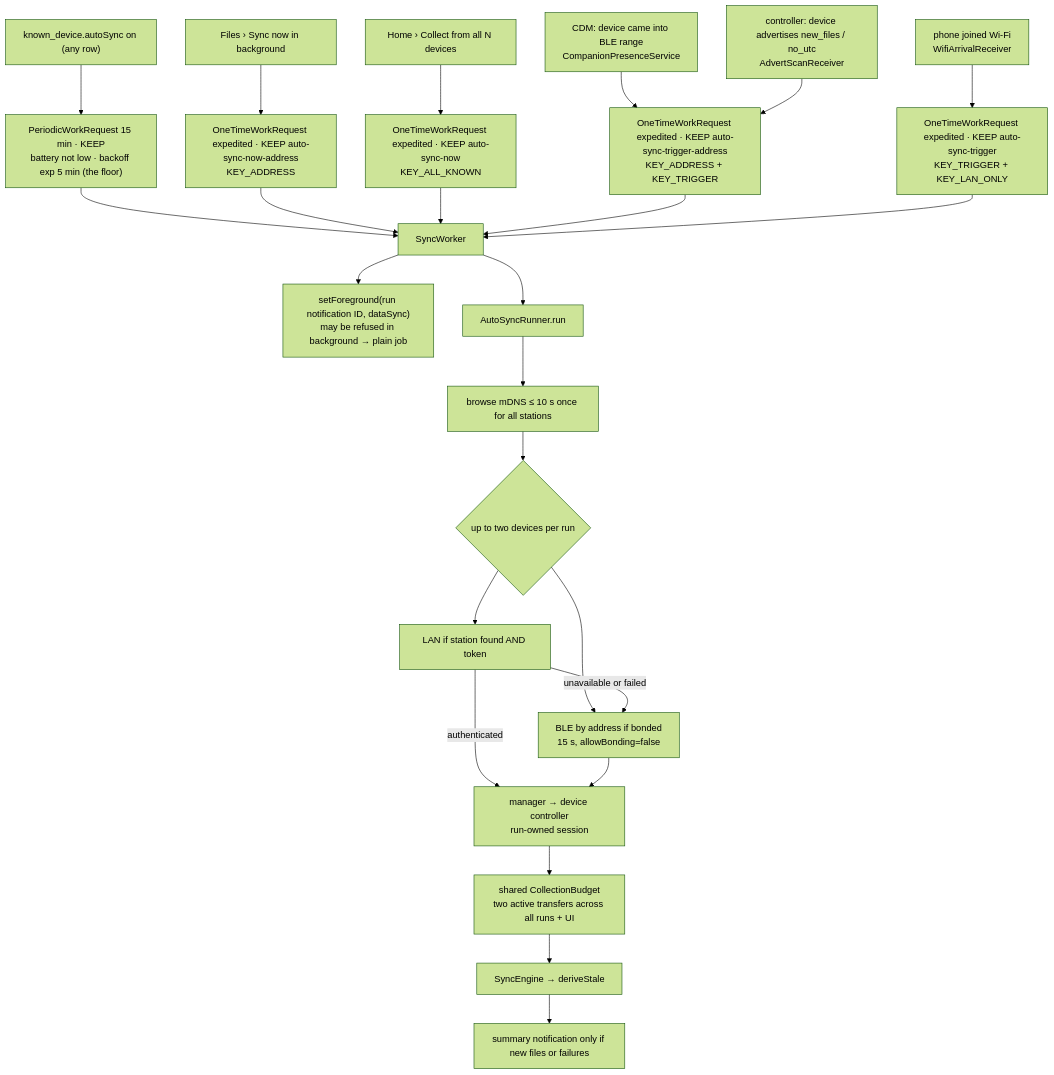
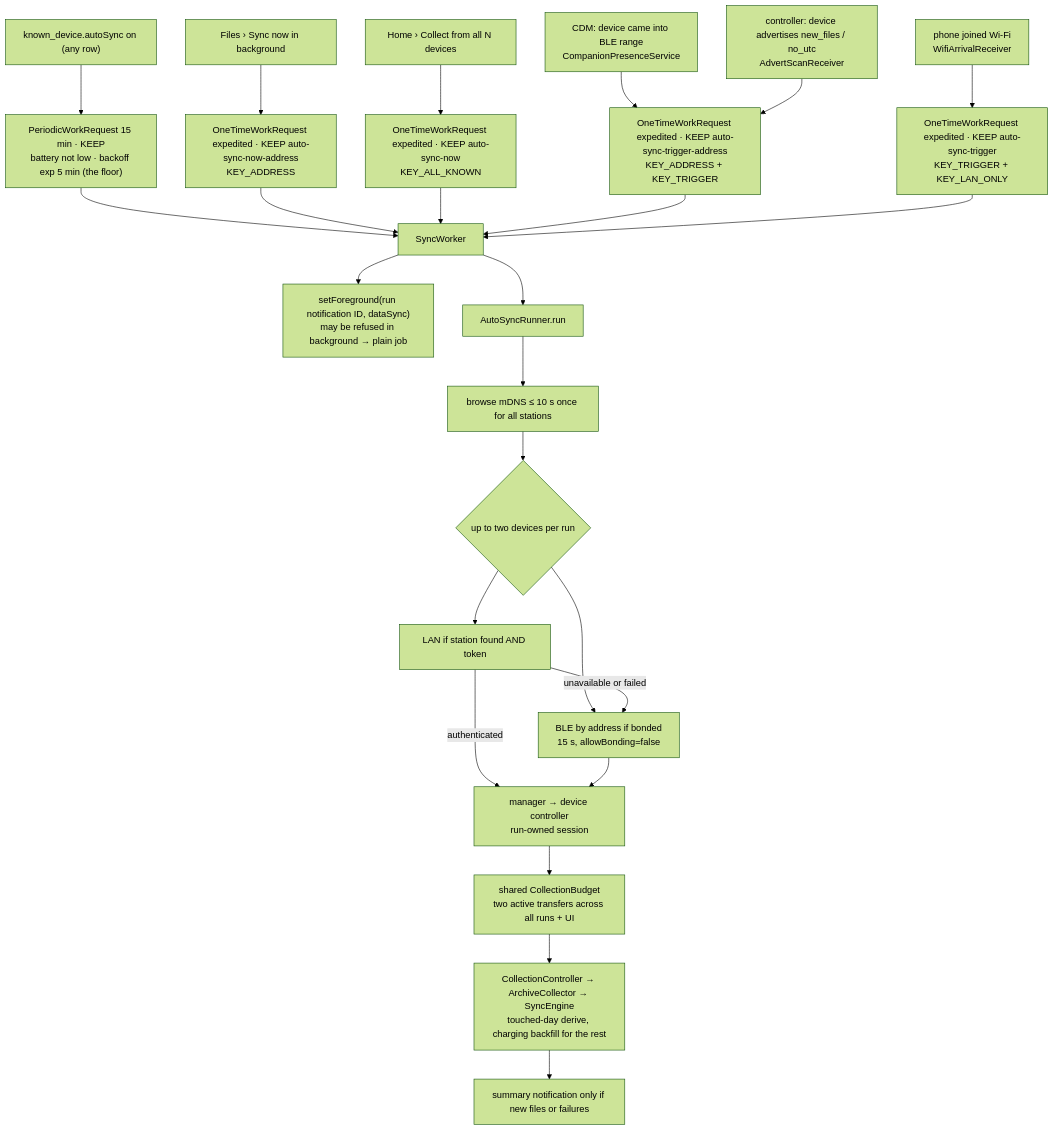
One commit to walkthru-earth/opensensor-space-mobile changed the diagram in docs/background-sync.md. Above: the diagram before and after it, drawn with Mermaid (forest theme). The commit also changed other lines of this file and 11 other files, not shown here.

````diff
--- a/docs/background-sync.md
+++ b/docs/background-sync.md
@@ -17,26 +17,26 @@
 ```mermaid
 flowchart TD
   SW["known_device.autoSync on (any row)"] --> P["PeriodicWorkRequest 15 min · KEEP<br/>battery not low · backoff exp 5 min (the floor)"]
   M1["Files › Sync now in background"] --> O1["OneTimeWorkRequest expedited · KEEP auto-sync-now-address<br/>KEY_ADDRESS"]
   M2["Home › Collect from all N devices"] --> O2["OneTimeWorkRequest expedited · KEEP auto-sync-now<br/>KEY_ALL_KNOWN"]
   T1["CDM: device came into BLE range<br/>CompanionPresenceService"] --> O3["OneTimeWorkRequest expedited · KEEP auto-sync-trigger-address<br/>KEY_ADDRESS + KEY_TRIGGER"]
   T2["controller: device advertises new_files / no_utc<br/>AdvertScanReceiver"] --> O3
   T3["phone joined Wi-Fi<br/>WifiArrivalReceiver"] --> O4["OneTimeWorkRequest expedited · KEEP auto-sync-trigger<br/>KEY_TRIGGER + KEY_LAN_ONLY"]
   P --> W[SyncWorker]
   O1 --> W
   O2 --> W
   O3 --> W
   O4 --> W
   W --> F["setForeground(run notification ID, dataSync)<br/>may be refused in background → plain job"]
   W --> R[AutoSyncRunner.run]
   R --> L["browse mDNS ≤ 10 s once for all stations"]
   L --> D{up to two devices per run}
   D --> LAN["LAN if station found AND token"]
   D --> BLE["BLE by address if bonded<br/>15 s, allowBonding=false"]
   LAN -- unavailable or failed --> BLE
   LAN -- authenticated --> C["manager → device controller<br/>run-owned session"]
   BLE --> C
   C --> B["shared CollectionBudget<br/>two active transfers across all runs + UI"]
-  B --> S["SyncEngine → deriveStale"]
+  B --> S["CollectionController → ArchiveCollector → SyncEngine<br/>touched-day derive, charging backfill for the rest"]
   S --> N["summary notification only if new files or failures"]
 ```
````
